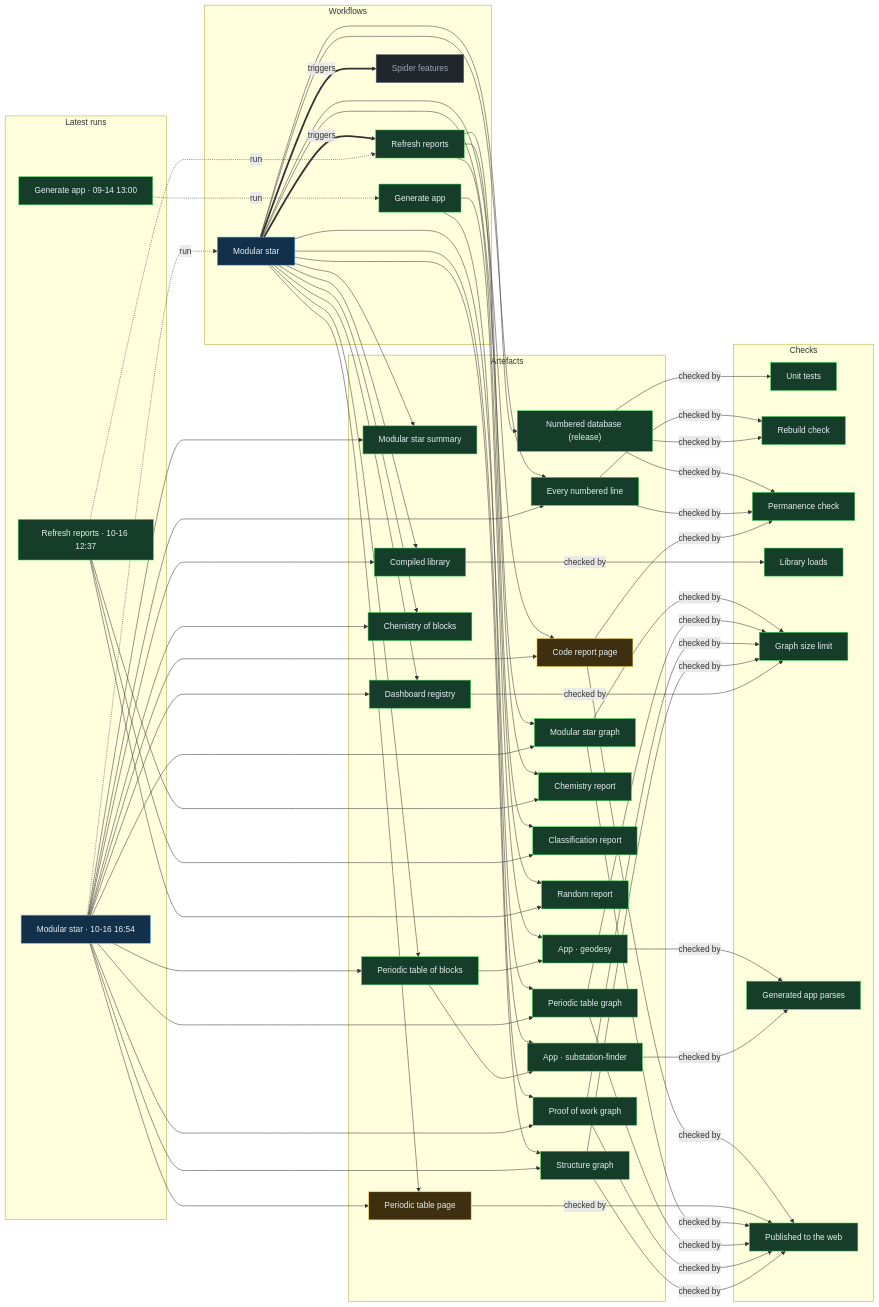
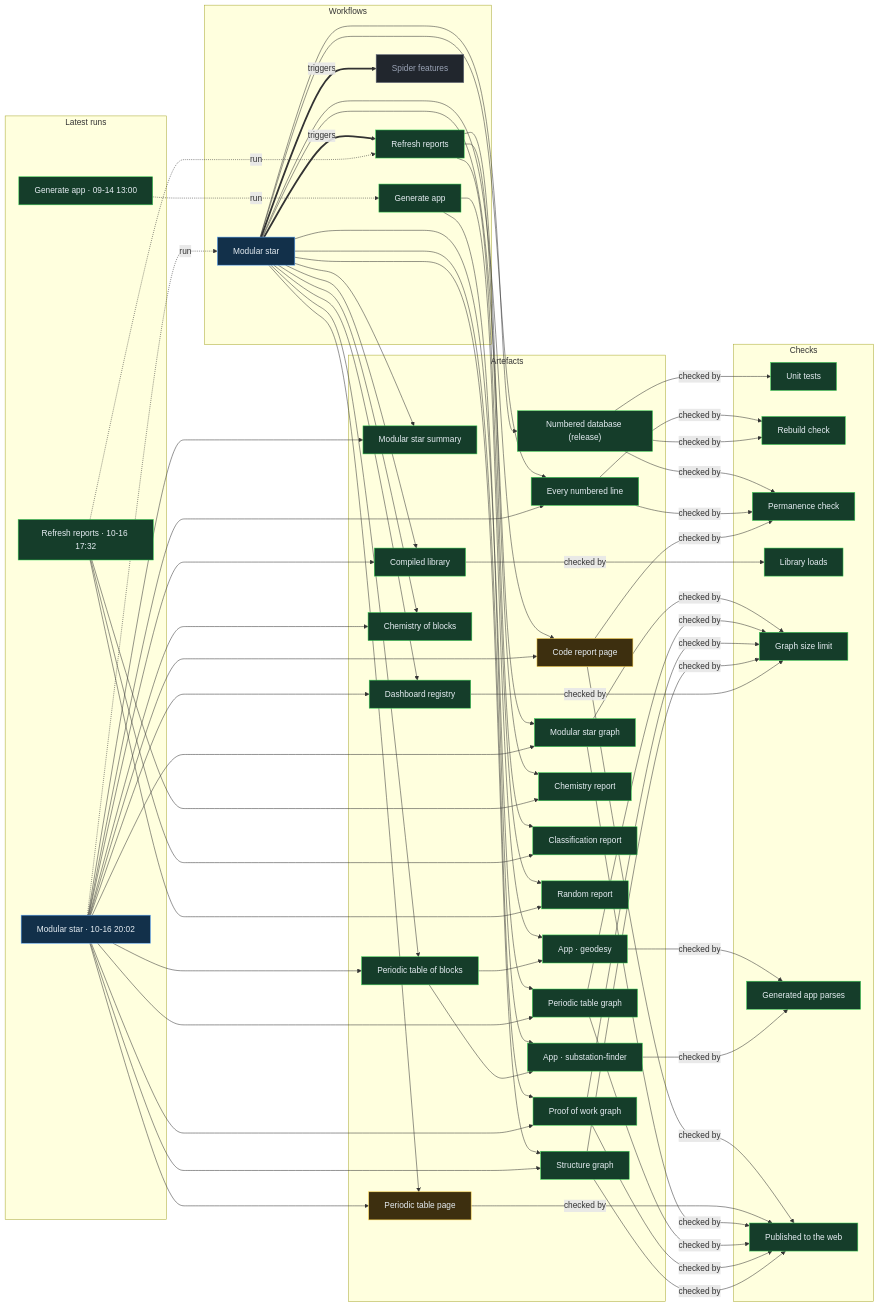
Before and after one commit to Ventusltd/stars: the diagram in proof/PROOF.md, drawn with Mermaid. The commit also changed other lines of this file and 33 other files, not shown here.

Commit message:
Modular star 2026-10-16T20:06Z

```diff
--- a/proof/PROOF.md
+++ b/proof/PROOF.md
@@ -24,8 +24,8 @@
   n_wf_spider_features["Spider features"]:::off
   end
   subgraph g_runs["Latest runs"]
-  n_run_38935609050["Modular star · 10-16 16:54"]:::live
-  n_run_38901792994["Refresh reports · 10-16 12:37"]:::ok
+  n_run_38959364938["Modular star · 10-16 20:02"]:::live
+  n_run_38940492348["Refresh reports · 10-16 17:32"]:::ok
   n_run_34846587798["Generate app · 09-14 13:00"]:::ok
   end
   subgraph g_artefacts["Artefacts"]
@@ -59,39 +59,39 @@
   end
   n_wf_modular_star == triggers ==> n_wf_refresh
   n_wf_modular_star == triggers ==> n_wf_spider_features
-  n_run_38935609050 -. run .-> n_wf_modular_star
-  n_run_38901792994 -. run .-> n_wf_refresh
+  n_run_38959364938 -. run .-> n_wf_modular_star
+  n_run_38940492348 -. run .-> n_wf_refresh
   n_run_34846587798 -. run .-> n_wf_generate
   n_wf_modular_star --> n_art_summary
-  n_run_38935609050 --> n_art_summary
+  n_run_38959364938 --> n_art_summary
   n_wf_modular_star --> n_art_lines
-  n_run_38935609050 --> n_art_lines
+  n_run_38959364938 --> n_art_lines
   n_wf_modular_star --> n_art_code
-  n_run_38935609050 --> n_art_code
+  n_run_38959364938 --> n_art_code
   n_wf_modular_star --> n_art_modular_graph
-  n_run_38935609050 --> n_art_modular_graph
+  n_run_38959364938 --> n_art_modular_graph
   n_wf_modular_star --> n_art_blocks
-  n_run_38935609050 --> n_art_blocks
+  n_run_38959364938 --> n_art_blocks
   n_wf_modular_star --> n_art_table
-  n_run_38935609050 --> n_art_table
+  n_run_38959364938 --> n_art_table
   n_wf_modular_star --> n_art_blocks_graph
-  n_run_38935609050 --> n_art_blocks_graph
+  n_run_38959364938 --> n_art_blocks_graph
   n_wf_modular_star --> n_art_reactions
-  n_run_38935609050 --> n_art_reactions
+  n_run_38959364938 --> n_art_reactions
   n_wf_modular_star --> n_art_library
-  n_run_38935609050 --> n_art_library
+  n_run_38959364938 --> n_art_library
   n_wf_modular_star --> n_art_features
-  n_run_38935609050 --> n_art_features
+  n_run_38959364938 --> n_art_features
   n_wf_modular_star --> n_art_proof
-  n_run_38935609050 --> n_art_proof
+  n_run_38959364938 --> n_art_proof
   n_wf_modular_star --> n_art_structure
-  n_run_38935609050 --> n_art_structure
+  n_run_38959364938 --> n_art_structure
   n_wf_refresh --> n_art_chemistry
-  n_run_38901792994 --> n_art_chemistry
+  n_run_38940492348 --> n_art_chemistry
   n_wf_refresh --> n_art_vedic
-  n_run_38901792994 --> n_art_vedic
+  n_run_38940492348 --> n_art_vedic
   n_wf_refresh --> n_art_random
-  n_run_38901792994 --> n_art_random
+  n_run_38940492348 --> n_art_random
   n_wf_modular_star --> n_art_release
   n_wf_generate --> n_app_geodesy
   n_art_blocks --> n_app_geodesy
```
